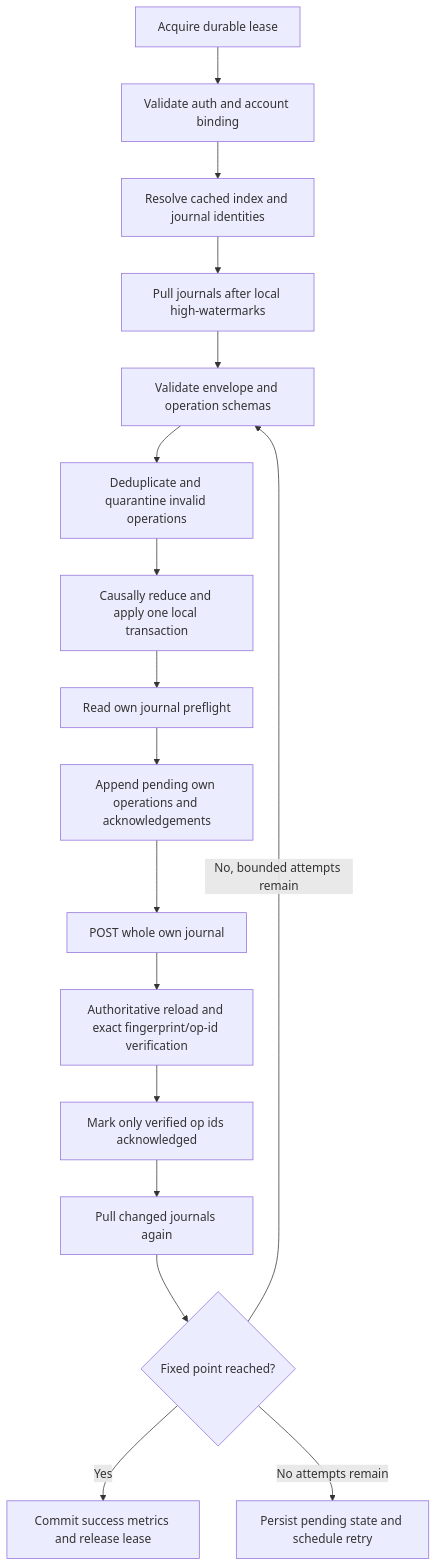
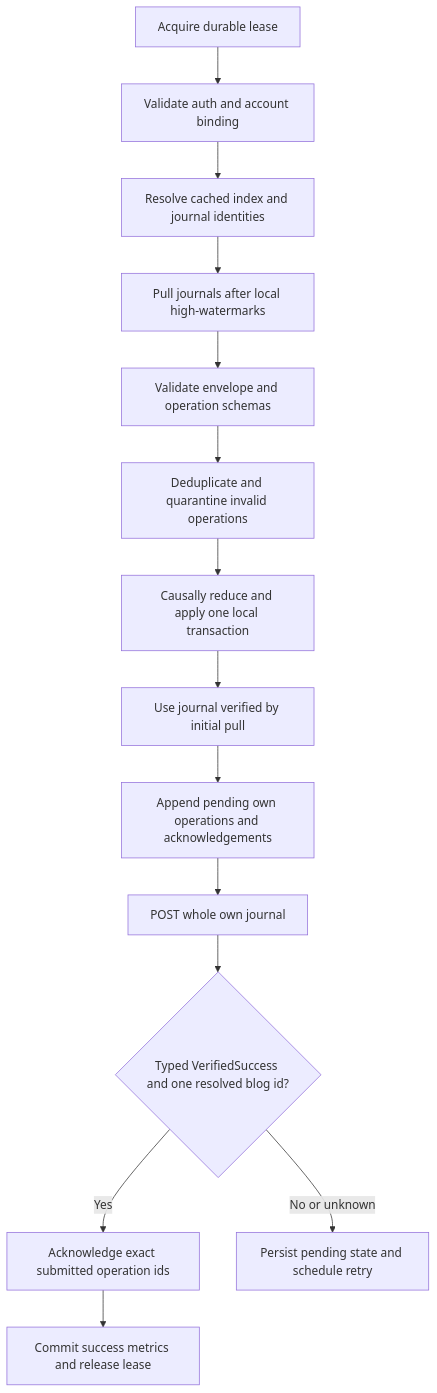
One commit to LittleSurvival/yamibo-app changed the diagram in openspec/changes/redesign-operation-log-cloud-sync/design.md. Above: the diagram before and after it, drawn with Mermaid. The commit also changed other lines of this file and 32 other files, not shown here.

````diff
--- a/openspec/changes/redesign-operation-log-cloud-sync/design.md
+++ b/openspec/changes/redesign-operation-log-cloud-sync/design.md
@@ -178,19 +190,16 @@
 ```mermaid
 flowchart TD
     A["Acquire durable lease"] --> B["Validate auth and account binding"]
     B --> C["Resolve cached index and journal identities"]
     C --> D["Pull journals after local high-watermarks"]
     D --> E["Validate envelope and operation schemas"]
     E --> F["Deduplicate and quarantine invalid operations"]
     F --> G["Causally reduce and apply one local transaction"]
-    G --> H["Read own journal preflight"]
+    G --> H["Use journal verified by initial pull"]
     H --> I["Append pending own operations and acknowledgements"]
     I --> J["POST whole own journal"]
-    J --> K["Authoritative reload and exact fingerprint/op-id verification"]
-    K --> L["Mark only verified op ids acknowledged"]
-    L --> M["Pull changed journals again"]
-    M --> N{"Fixed point reached?"}
-    N -- "No, bounded attempts remain" --> E
-    N -- "Yes" --> O["Commit success metrics and release lease"]
-    N -- "No attempts remain" --> P["Persist pending state and schedule retry"]
+    J --> K{"Typed VerifiedSuccess and one resolved blog id?"}
+    K -- "Yes" --> L["Acknowledge exact submitted operation ids"]
+    L --> O["Commit success metrics and release lease"]
+    K -- "No or unknown" --> P["Persist pending state and schedule retry"]
 ```
````
